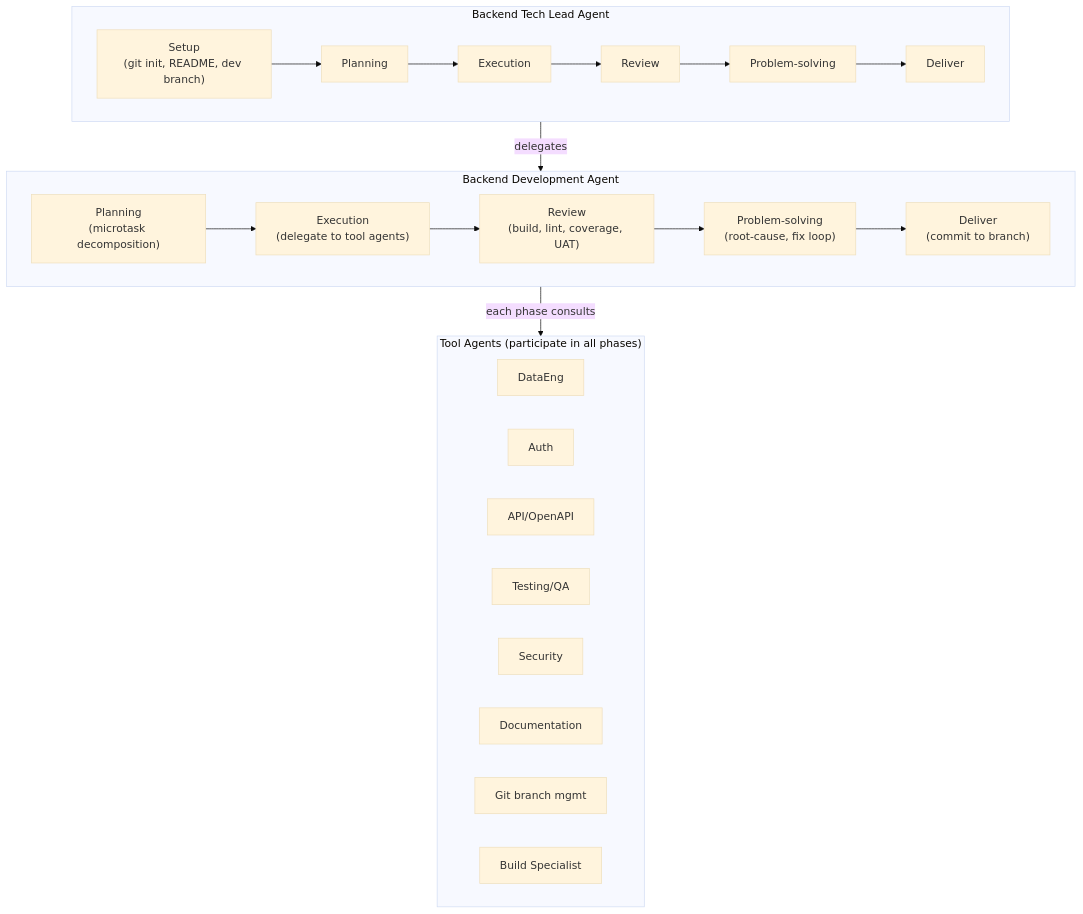
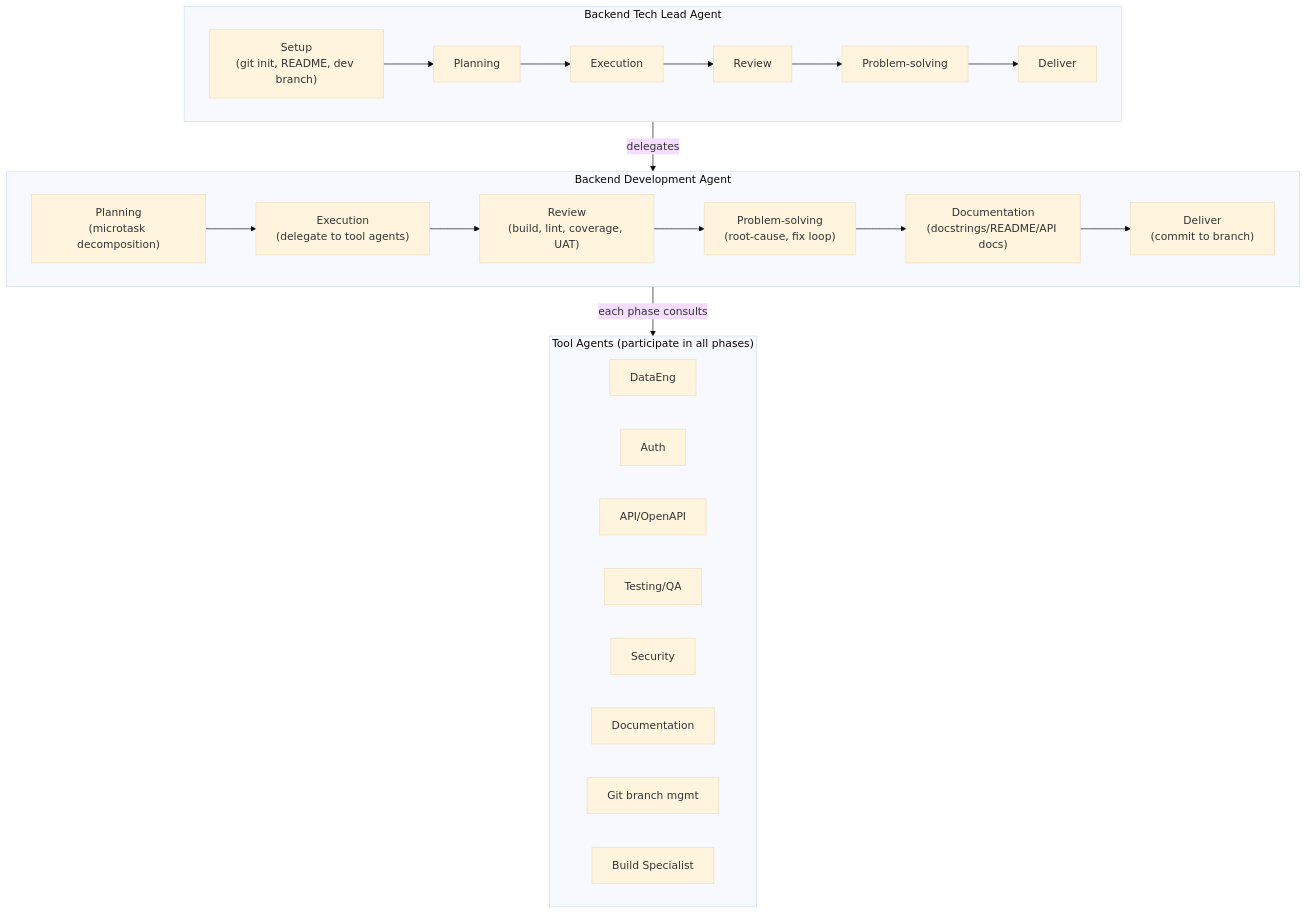
Before and after one commit to brandonkindred/Khala-Agentic-AI-Teams: the sixth of 15 diagrams in docs/ARCHITECTURE.md, drawn with Mermaid (base theme). The commit also changed other lines of this file, not shown here.

First line of the commit message:
Fix phase-count inconsistencies in ARCHITECTURE.md code-v2 sections

````diff
--- a/docs/ARCHITECTURE.md
+++ b/docs/ARCHITECTURE.md
@@ -253,36 +253,37 @@
 ```mermaid
 flowchart TB
     subgraph techLead ["Backend Tech Lead Agent"]
         Setup["Setup\n(git init, README, dev branch)"]
         TLPlanning["Planning"]
         TLExecution["Execution"]
         TLReview["Review"]
         TLProblemSolving["Problem-solving"]
         TLDeliver["Deliver"]
         Setup --> TLPlanning --> TLExecution --> TLReview --> TLProblemSolving --> TLDeliver
     end
 
     subgraph devAgent ["Backend Development Agent"]
         DAPlanning["Planning\n(microtask decomposition)"]
         DAExecution["Execution\n(delegate to tool agents)"]
         DAReview["Review\n(build, lint, coverage, UAT)"]
         DAProblemSolving["Problem-solving\n(root-cause, fix loop)"]
+        DADocumentation["Documentation\n(docstrings/README/API docs)"]
         DADeliver["Deliver\n(commit to branch)"]
-        DAPlanning --> DAExecution --> DAReview --> DAProblemSolving --> DADeliver
+        DAPlanning --> DAExecution --> DAReview --> DAProblemSolving --> DADocumentation --> DADeliver
     end
 
     subgraph toolGrid ["Tool Agents (participate in all phases)"]
         direction LR
         DataEng["DataEng"]
         Auth["Auth"]
         ApiOA["API/OpenAPI"]
         Testing["Testing/QA"]
         Security["Security"]
         Documentation["Documentation"]
         GitBranch["Git branch mgmt"]
         BuildSpec["Build Specialist"]
     end
 
     techLead -->|"delegates"| devAgent
     devAgent -->|"each phase consults"| toolGrid
 ```
````
